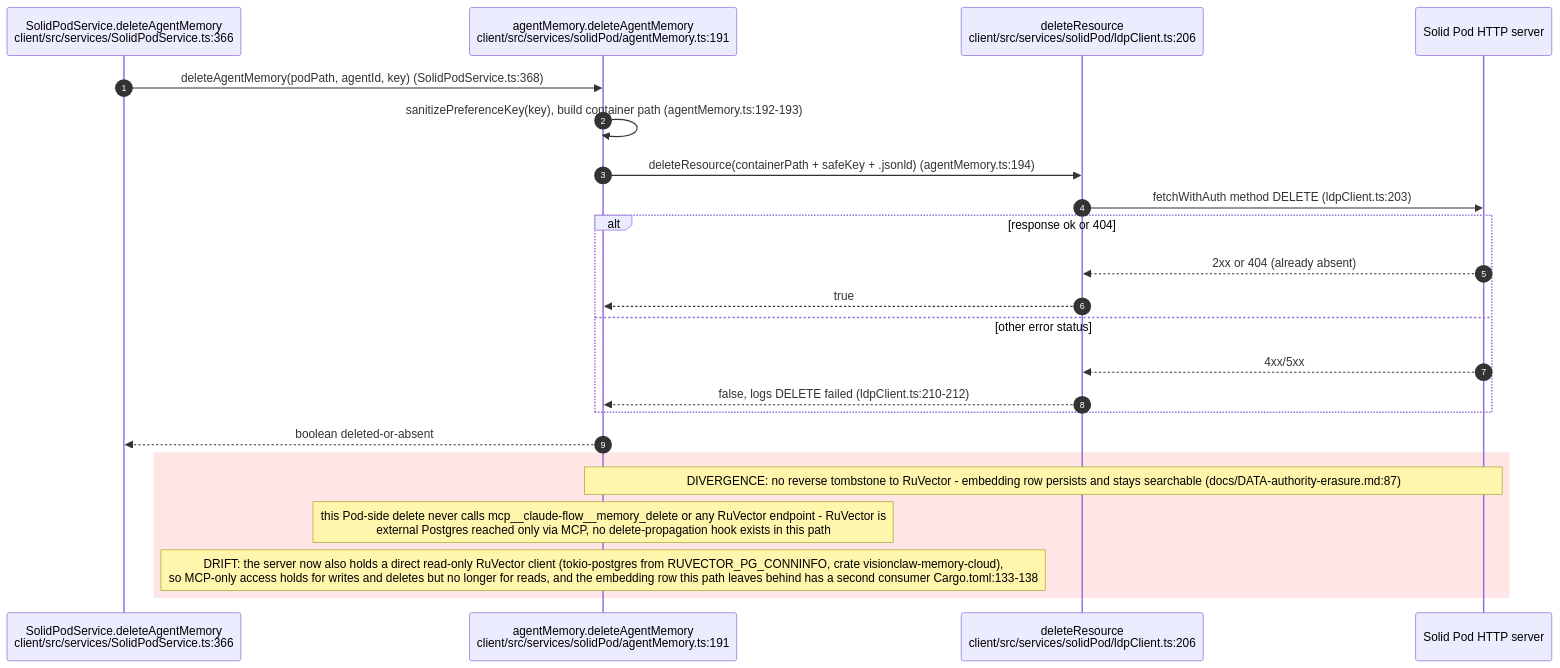
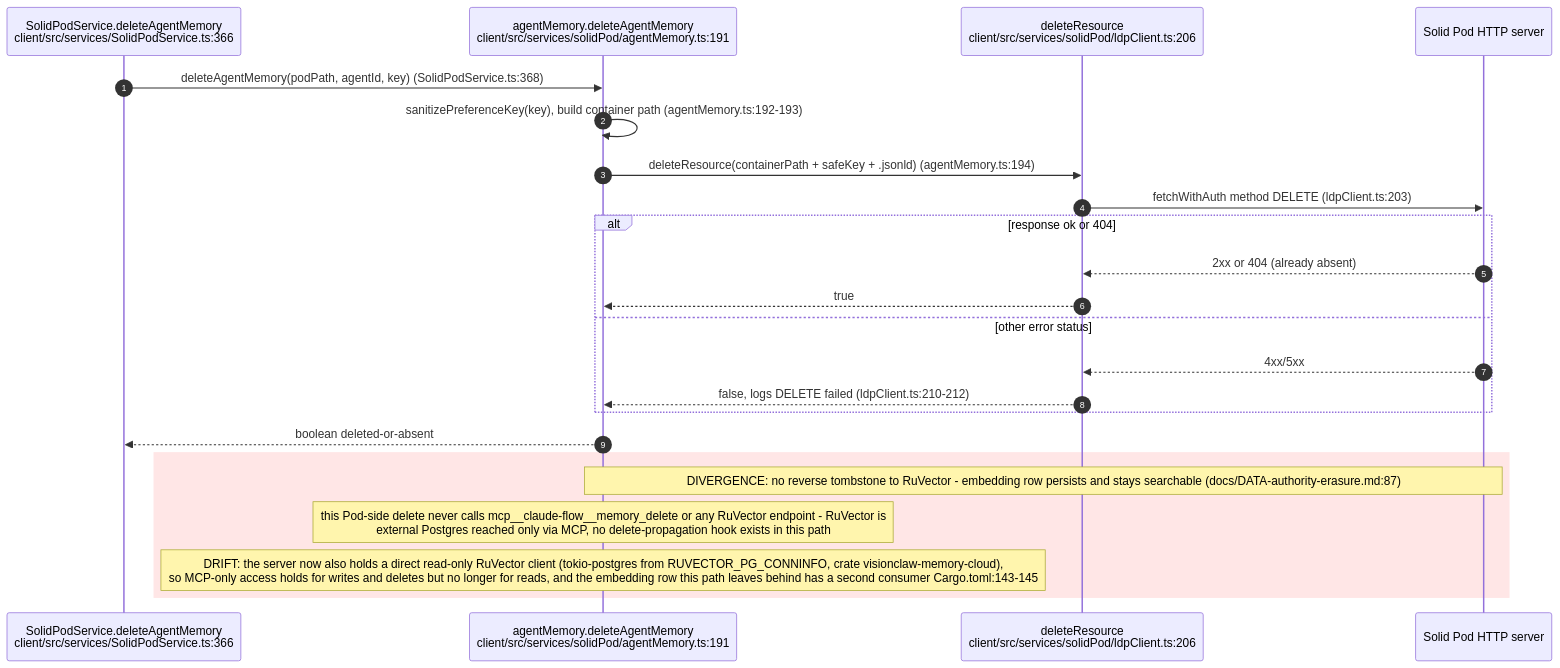
The sixth of 11 diagrams in docs/diagrams/visionclaw/22-data-authority-provenance-erasure.md (DreamLab-AI/VisionFlow), drawn with Mermaid before and after one commit. The commit also changed other lines of this file and 160 other files, not shown here.

````diff
--- a/docs/diagrams/visionclaw/22-data-authority-provenance-erasure.md
+++ b/docs/diagrams/visionclaw/22-data-authority-provenance-erasure.md
@@ -292,26 +295,26 @@
 ```mermaid
 sequenceDiagram
     autonumber
     participant UI as SolidPodService.deleteAgentMemory<br/>client/src/services/SolidPodService.ts:366
     participant MEM as agentMemory.deleteAgentMemory<br/>client/src/services/solidPod/agentMemory.ts:191
     participant LDP as deleteResource<br/>client/src/services/solidPod/ldpClient.ts:206
     participant POD as Solid Pod HTTP server
 
     UI->>MEM: deleteAgentMemory(podPath, agentId, key) (SolidPodService.ts:368)
     MEM->>MEM: sanitizePreferenceKey(key), build container path (agentMemory.ts:192-193)
     MEM->>LDP: deleteResource(containerPath + safeKey + .jsonld) (agentMemory.ts:194)
     LDP->>POD: fetchWithAuth method DELETE (ldpClient.ts:203)
     alt response ok or 404
         POD-->>LDP: 2xx or 404 (already absent)
         LDP-->>MEM: true
     else other error status
         POD-->>LDP: 4xx/5xx
         LDP-->>MEM: false, logs DELETE failed (ldpClient.ts:210-212)
     end
     MEM-->>UI: boolean deleted-or-absent
     rect rgb(255, 230, 230)
         Note over MEM,POD: DIVERGENCE: no reverse tombstone to RuVector - embedding row persists and stays searchable (docs/DATA-authority-erasure.md:87)
         Note over MEM: this Pod-side delete never calls mcp__claude-flow__memory_delete or any RuVector endpoint - RuVector is<br/>external Postgres reached only via MCP, no delete-propagation hook exists in this path
-        Note over MEM: DRIFT: the server now also holds a direct read-only RuVector client (tokio-postgres from RUVECTOR_PG_CONNINFO, crate visionclaw-memory-cloud),<br/>so MCP-only access holds for writes and deletes but no longer for reads, and the embedding row this path leaves behind has a second consumer Cargo.toml:133-138
+        Note over MEM: DRIFT: the server now also holds a direct read-only RuVector client (tokio-postgres from RUVECTOR_PG_CONNINFO, crate visionclaw-memory-cloud),<br/>so MCP-only access holds for writes and deletes but no longer for reads, and the embedding row this path leaves behind has a second consumer Cargo.toml:143-145
     end
 ```
````
